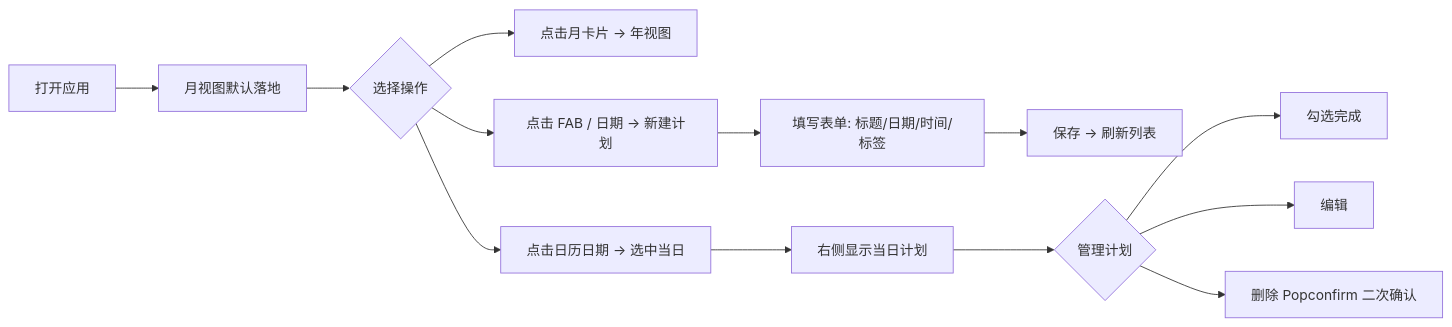
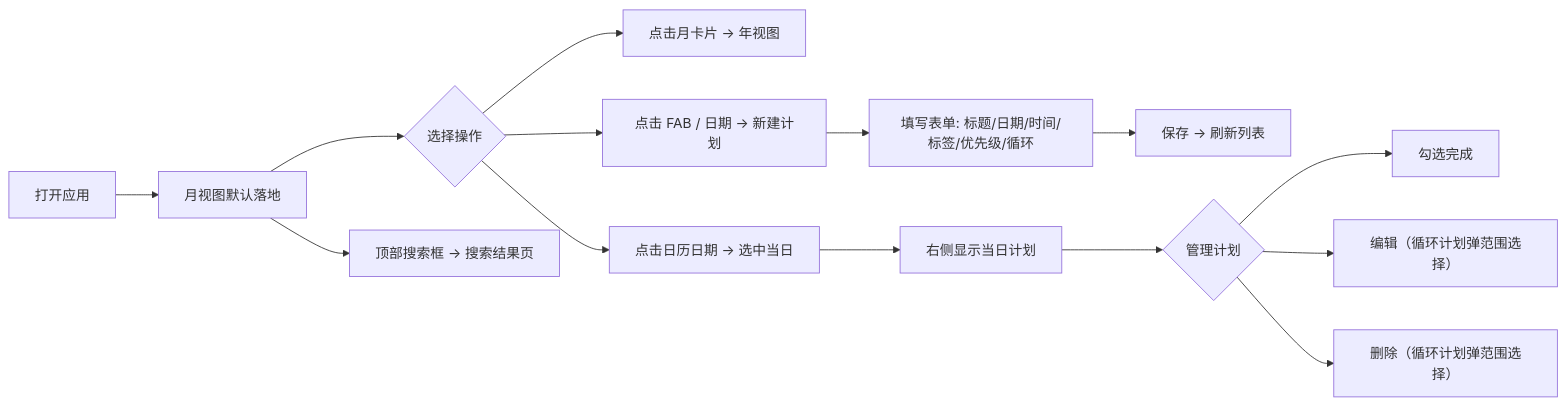
Before and after one commit to a1Mingming/planer: the diagram in docs/01_README.md, drawn with Mermaid. The commit also changed other lines of this file and 49 other files, not shown here.

````diff
--- a/docs/01_README.md
+++ b/docs/01_README.md
@@ -31,15 +35,16 @@
 ```mermaid
 flowchart LR
   A[打开应用] --> B[月视图默认落地]
   B --> C{选择操作}
   C --> D[点击月卡片 → 年视图]
   C --> E[点击日历日期 → 选中当日]
   C --> F[点击 FAB / 日期 → 新建计划]
-  F --> G[填写表单: 标题/日期/时间/标签]
+  F --> G[填写表单: 标题/日期/时间/标签/优先级/循环]
   G --> H[保存 → 刷新列表]
   E --> I[右侧显示当日计划]
   I --> J{管理计划}
   J --> K[勾选完成]
-  J --> L[编辑]
-  J --> M[删除 Popconfirm 二次确认]
+  J --> L[编辑（循环计划弹范围选择）]
+  J --> M[删除（循环计划弹范围选择）]
+  B --> N[顶部搜索框 → 搜索结果页]
 ```
````
